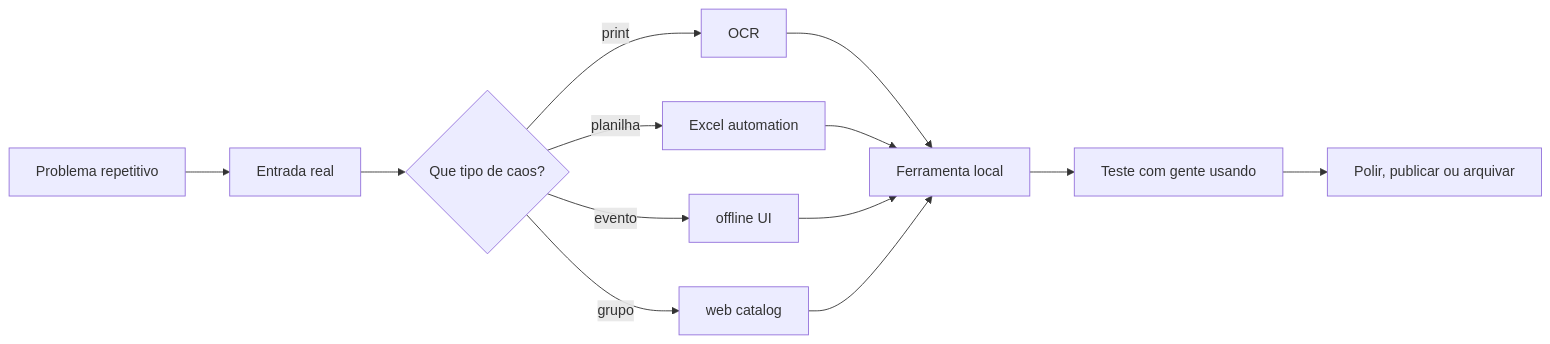
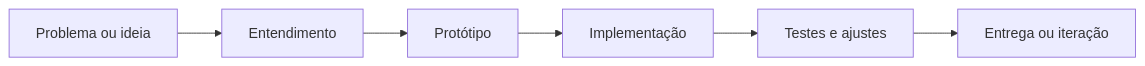
The diagram in README.md (CarvalhoBrennin/CarvalhoBrennin), drawn with Mermaid before and after one commit. The commit also changed other lines of this file and 2 other files, not shown here.

````diff
--- a/README.md
+++ b/README.md
@@ -123,15 +79,8 @@
 ```mermaid
 flowchart LR
-    A[Problema repetitivo] --> B[Entrada real]
-    B --> C{Que tipo de caos?}
-    C -->|print| D[OCR]
-    C -->|planilha| E[Excel automation]
-    C -->|evento| F[offline UI]
-    C -->|grupo| G[web catalog]
-    D --> H[Ferramenta local]
-    E --> H
-    F --> H
-    G --> H
-    H --> I[Teste com gente usando]
-    I --> J[Polir, publicar ou arquivar]
+    A[Problema ou ideia] --> B[Entendimento]
+    B --> C[Protótipo]
+    C --> D[Implementação]
+    D --> E[Testes e ajustes]
+    E --> F[Entrega ou iteração]
 ```
````
